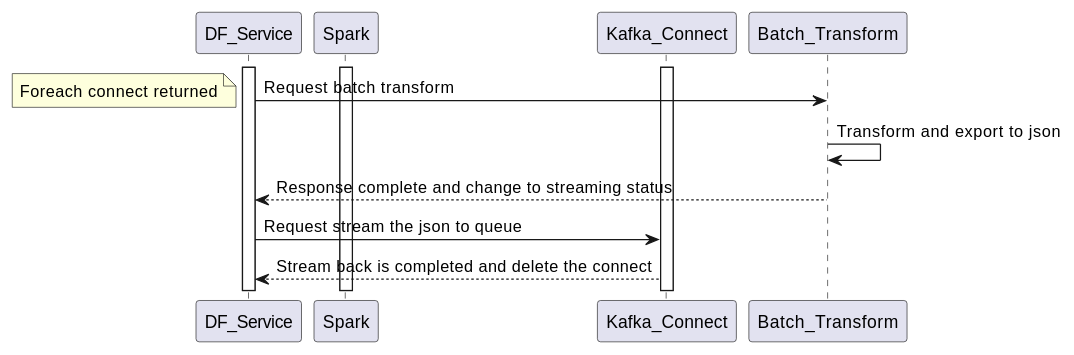
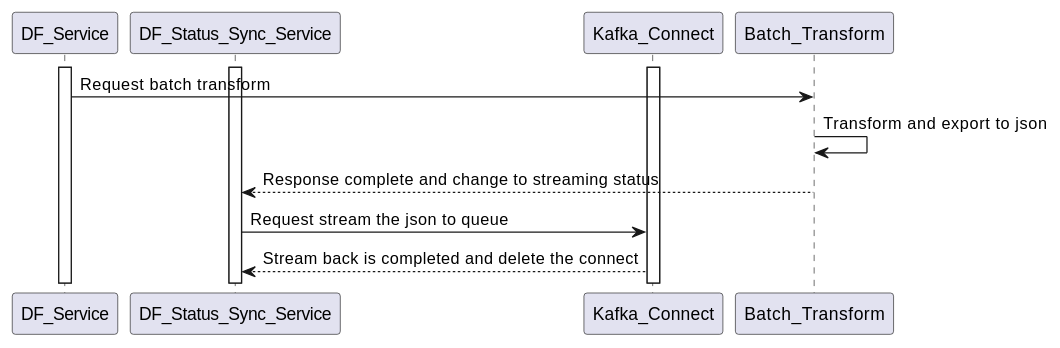
The eighth of 8 diagrams in design_overview.md (datafibers-community/df_complete_guide), drawn with PlantUML before and after one commit. The commit also changed other lines of this file, not shown here.

Commit message:
Updates design_overview.md
Auto commit by GitBook Editor

```diff
--- a/design_overview.md
+++ b/design_overview.md
@@ -140,12 +140,11 @@
 {% plantuml %}
 activate DF_Service
-activate Spark
+activate DF_Status_Sync_Service
 activate Kafka_Connect
 
 DF_Service -> Batch_Transform : Request batch transform
-note left: Foreach connect returned
 Batch_Transform -> Batch_Transform: Transform and export to json 
-DF_Service <-- Batch_Transform: Response complete and change to streaming status
-DF_Service -> Kafka_Connect: Request stream the json to queue
-DF_Service <-- Kafka_Connect : Stream back is completed and delete the connect
+DF_Status_Sync_Service <-- Batch_Transform: Response complete and change to streaming status
+DF_Status_Sync_Service -> Kafka_Connect: Request stream the json to queue
+DF_Status_Sync_Service <-- Kafka_Connect : Stream back is completed and delete the connect
 {% endplantuml %}
```
